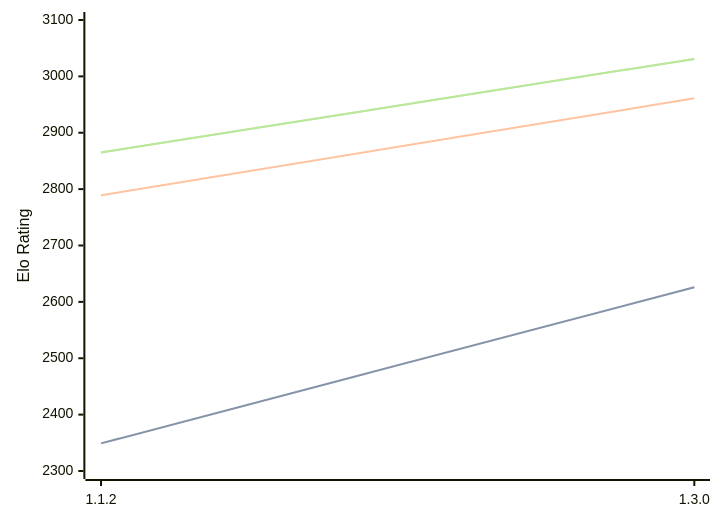
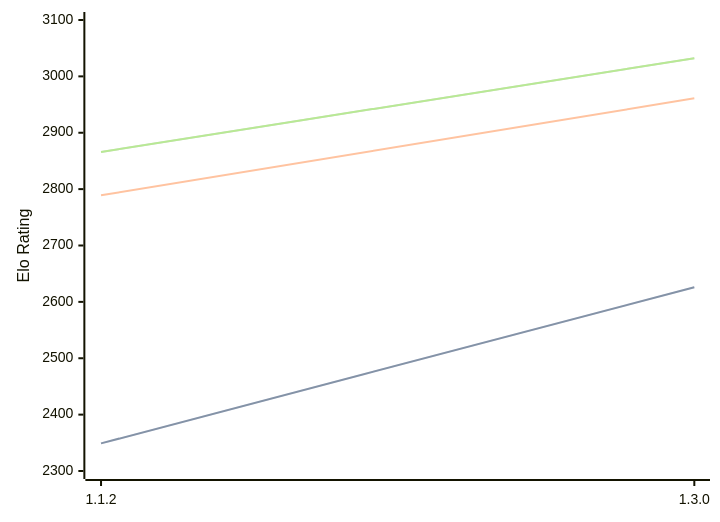
One commit to computer-chess-index/cci changed the diagram in engines/Ember.md. Above: the diagram before and after it, drawn with Mermaid. The commit also changed other lines of this file, not shown here.

Commit message:
Update CCI Ratings (ELO VLTC) - 2026-09-06

````diff
--- a/engines/Ember.md
+++ b/engines/Ember.md
@@ -41,11 +41,11 @@
 ```mermaid
 %%{init: {"theme":"base","themeVariables":{"seriesColors:['#a3a3a3','#222221','#faa371']}}}%%
 xychart-beta
   x-axis ["1.1.2", "1.3.0"]
   y-axis "Elo Rating" 2300 --> 3100
   line "" [2349, 2626]
   line "STC (8.0+0.08s)" [2349, 2626]
   line "LTC (60.0+0.60s)" [2789, 2961]
-  line "" [2865, 3031]
-  line "VLTC (2m24s+1.12s)" [2865, 3031]
+  line "" [2866, 3032]
+  line "VLTC (2m24s+1.12s)" [2866, 3032]
 ```
````
